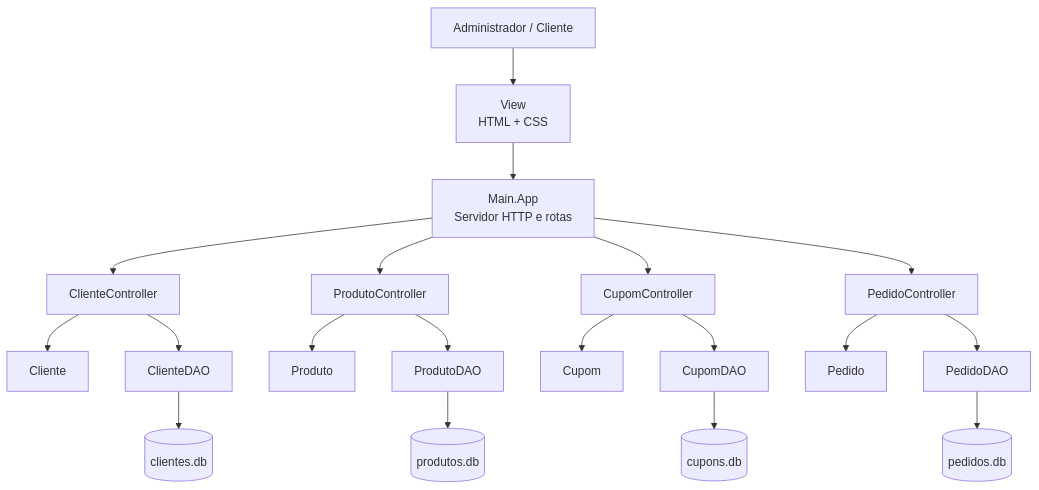
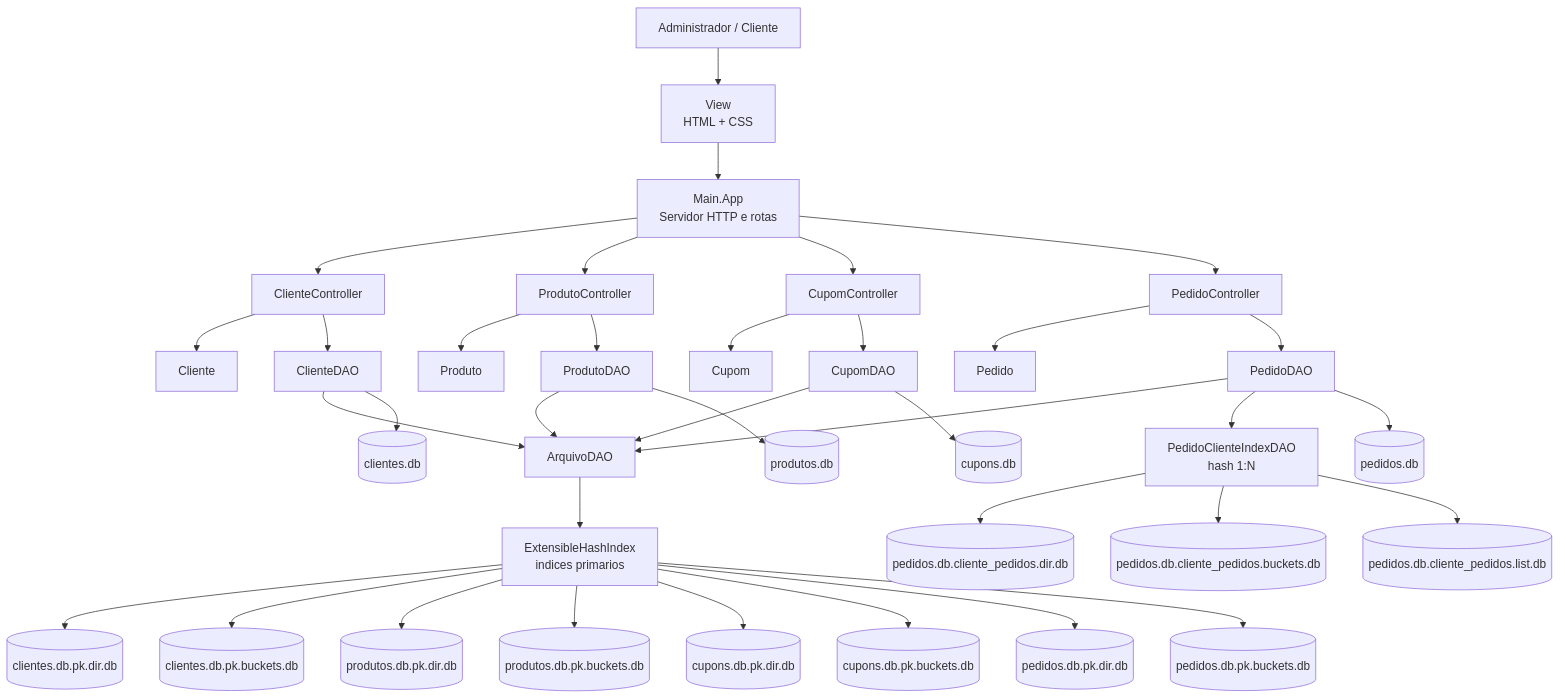
One commit to lucaszanfa/Tp-Aedes3 changed the diagram in docs/ArquiteturaProposta.md. Above: the diagram before and after it, drawn with Mermaid. The commit also changed other lines of this file and 28 other files, not shown here.

Commit message:
trocando os diagramas

````diff
--- a/docs/ArquiteturaProposta.md
+++ b/docs/ArquiteturaProposta.md
@@ -85,25 +85,46 @@
 ```mermaid
 flowchart TD
     U[Administrador / Cliente] --> V[View<br/>HTML + CSS]
     V --> A[Main.App<br/>Servidor HTTP e rotas]
 
     A --> CC[ClienteController]
     A --> PC[ProdutoController]
     A --> CuC[CupomController]
     A --> PeC[PedidoController]
 
     CC --> M1[Cliente]
     PC --> M2[Produto]
     CuC --> M3[Cupom]
     PeC --> M4[Pedido]
 
     CC --> D1[ClienteDAO]
     PC --> D2[ProdutoDAO]
     CuC --> D3[CupomDAO]
     PeC --> D4[PedidoDAO]
 
+    D1 --> A1[ArquivoDAO]
+    D2 --> A1
+    D3 --> A1
+    D4 --> A1
+
+    A1 --> H1[ExtensibleHashIndex<br/>indices primarios]
+    D4 --> R1[PedidoClienteIndexDAO<br/>hash 1:N]
+
     D1 --> F1[(clientes.db)]
     D2 --> F2[(produtos.db)]
     D3 --> F3[(cupons.db)]
     D4 --> F4[(pedidos.db)]
+
+    H1 --> I1[(clientes.db.pk.dir.db)]
+    H1 --> I2[(clientes.db.pk.buckets.db)]
+    H1 --> I3[(produtos.db.pk.dir.db)]
+    H1 --> I4[(produtos.db.pk.buckets.db)]
+    H1 --> I5[(cupons.db.pk.dir.db)]
+    H1 --> I6[(cupons.db.pk.buckets.db)]
+    H1 --> I7[(pedidos.db.pk.dir.db)]
+    H1 --> I8[(pedidos.db.pk.buckets.db)]
+
+    R1 --> R2[(pedidos.db.cliente_pedidos.dir.db)]
+    R1 --> R3[(pedidos.db.cliente_pedidos.buckets.db)]
+    R1 --> R4[(pedidos.db.cliente_pedidos.list.db)]
 ```
````
